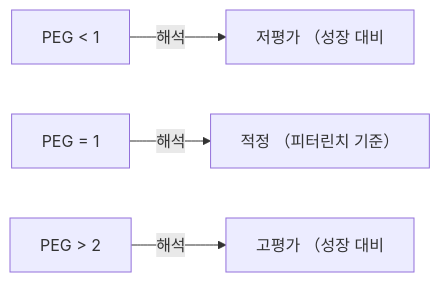
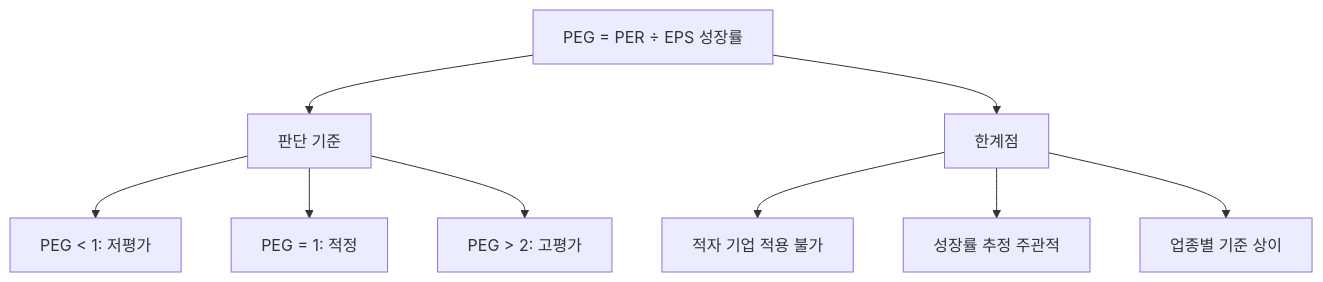
One commit to yeongseon/stock-visual-note changed the diagram in content/stock-terms/ko/level-05-valuation/peg.md. Above: the diagram before and after it, drawn with Mermaid. The commit also changed other lines of this file and 96 other files, not shown here.

Commit message:
Rewrite all 98 remaining articles: branching Mermaid diagrams, natural search_intent, compelling seo_titles, clean descriptions

````diff
--- a/content/stock-terms/ko/level-05-valuation/peg.md
+++ b/content/stock-terms/ko/level-05-valuation/peg.md
@@ -39,6 +39,12 @@
 ```mermaid
-graph LR
-    L0["PEG < 1"] -->|해석| R0["저평가 （성장 대비"]
-    L1["PEG = 1"] -->|해석| R1["적정 （피터린치 기준）"]
-    L2["PEG > 2"] -->|해석| R2["고평가 （성장 대비"]
+graph TD
+    A["PEG = PER ÷ EPS 성장률"]
+    A --> B["판단 기준"]
+    A --> C["한계점"]
+    B --> B1["PEG < 1: 저평가"]
+    B --> B2["PEG = 1: 적정"]
+    B --> B3["PEG > 2: 고평가"]
+    C --> C1["적자 기업 적용 불가"]
+    C --> C2["성장률 추정 주관적"]
+    C --> C3["업종별 기준 상이"]
 ```
````
